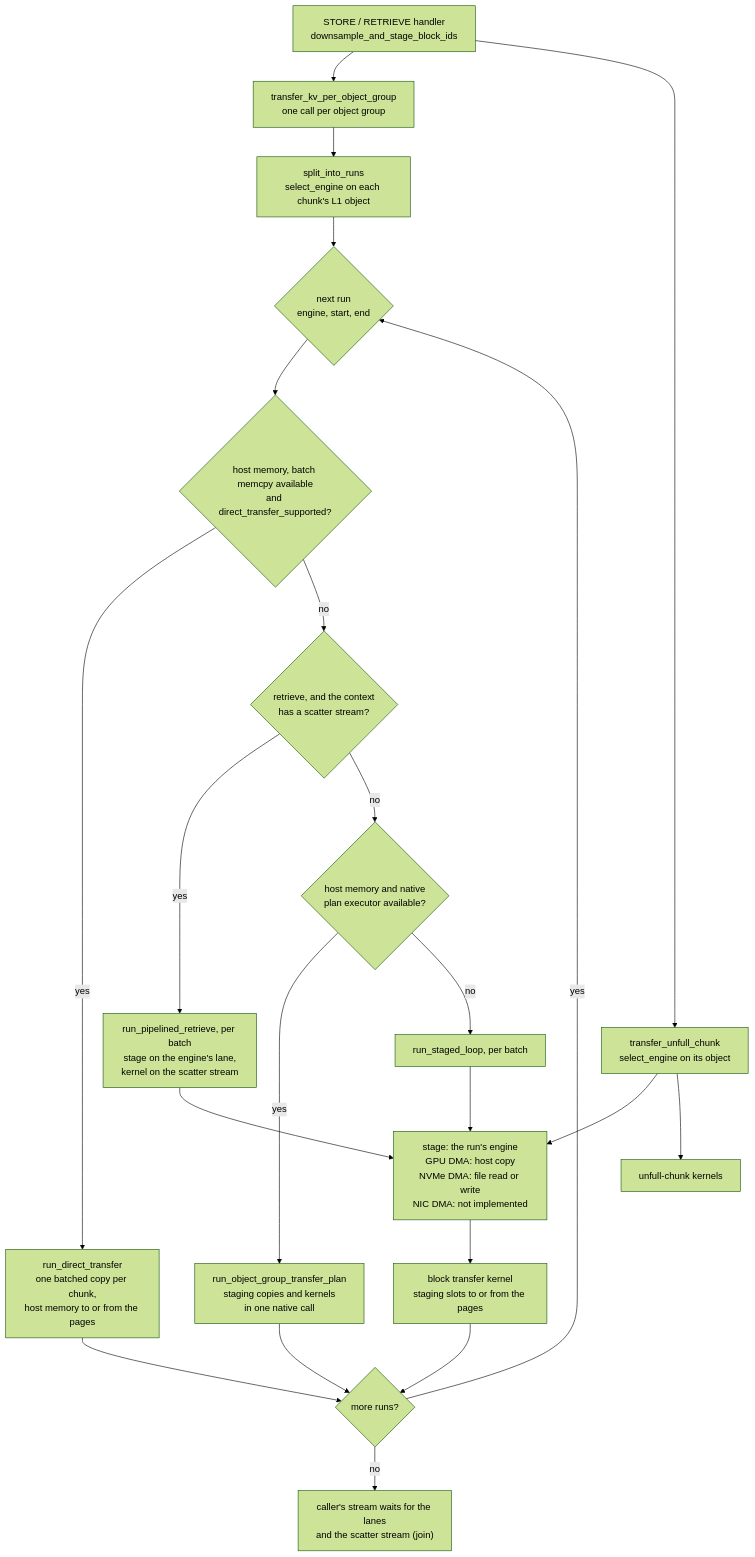
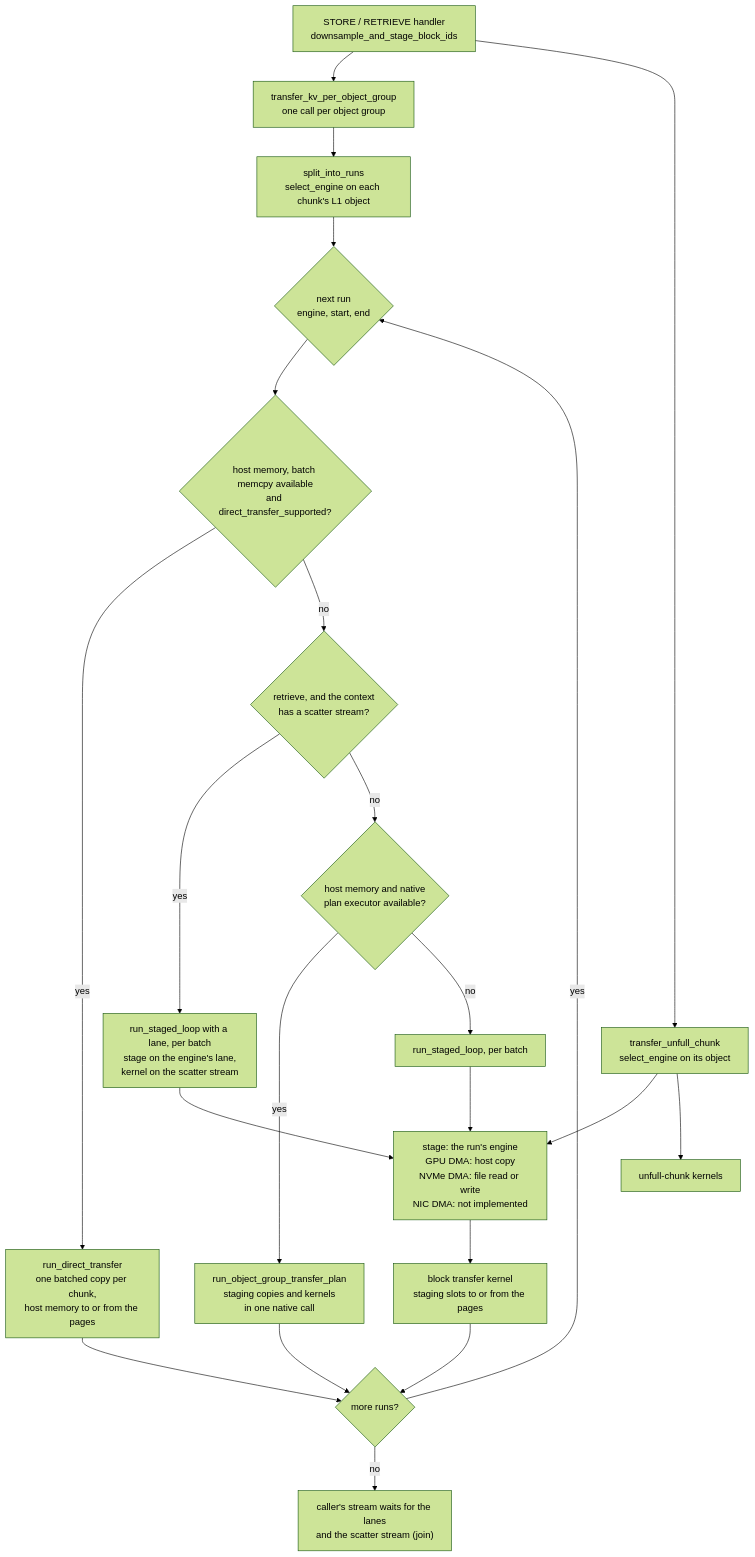
One commit to LMCache/LMCache changed the diagram in docs/design/v1/multiprocess/lmcache_driven_transfer_copy_paths.md. Above: the diagram before and after it, drawn with Mermaid (forest theme). The commit also changed other lines of this file and 16 other files, not shown here.

First line of the commit message:
[MP] Fold the lane path into run_staged_loop and trim the diff

````diff
--- a/docs/design/v1/multiprocess/lmcache_driven_transfer_copy_paths.md
+++ b/docs/design/v1/multiprocess/lmcache_driven_transfer_copy_paths.md
@@ -80,40 +80,40 @@
 ```mermaid
 flowchart TD
     H["STORE / RETRIEVE handler<br/>downsample_and_stage_block_ids"]
     D["transfer_kv_per_object_group<br/>one call per object group"]
     S["split_into_runs<br/>select_engine on each chunk's L1 object"]
     R{"next run<br/>engine, start, end"}
     G1{"host memory, batch memcpy available<br/>and direct_transfer_supported?"}
     G0{"retrieve, and the context<br/>has a scatter stream?"}
-    P["run_pipelined_retrieve, per batch<br/>stage on the engine's lane,<br/>kernel on the scatter stream"]
+    P["run_staged_loop with a lane, per batch<br/>stage on the engine's lane,<br/>kernel on the scatter stream"]
     G2{"host memory and native<br/>plan executor available?"}
     GD["run_direct_transfer<br/>one batched copy per chunk,<br/>host memory to or from the pages"]
     GP["run_object_group_transfer_plan<br/>staging copies and kernels<br/>in one native call"]
     L["run_staged_loop, per batch"]
     ST["stage: the run's engine<br/>GPU DMA: host copy<br/>NVMe DMA: file read or write<br/>NIC DMA: not implemented"]
     K["block transfer kernel<br/>staging slots to or from the pages"]
     E{"more runs?"}
     Q["caller's stream waits for the lanes<br/>and the scatter stream (join)"]
     U["transfer_unfull_chunk<br/>select_engine on its object"]
     UK["unfull-chunk kernels"]
 
     H --> D --> S --> R
     R --> G1
     G1 -->|yes| GD
     G1 -->|no| G0
     G0 -->|yes| P
     G0 -->|no| G2
     P --> ST
     G2 -->|yes| GP
     G2 -->|no| L
     L --> ST
     ST --> K
     GD --> E
     GP --> E
     K --> E
     E -->|yes| R
     E -->|no| Q
     H --> U
     U --> ST
     U --> UK
 ```
````
